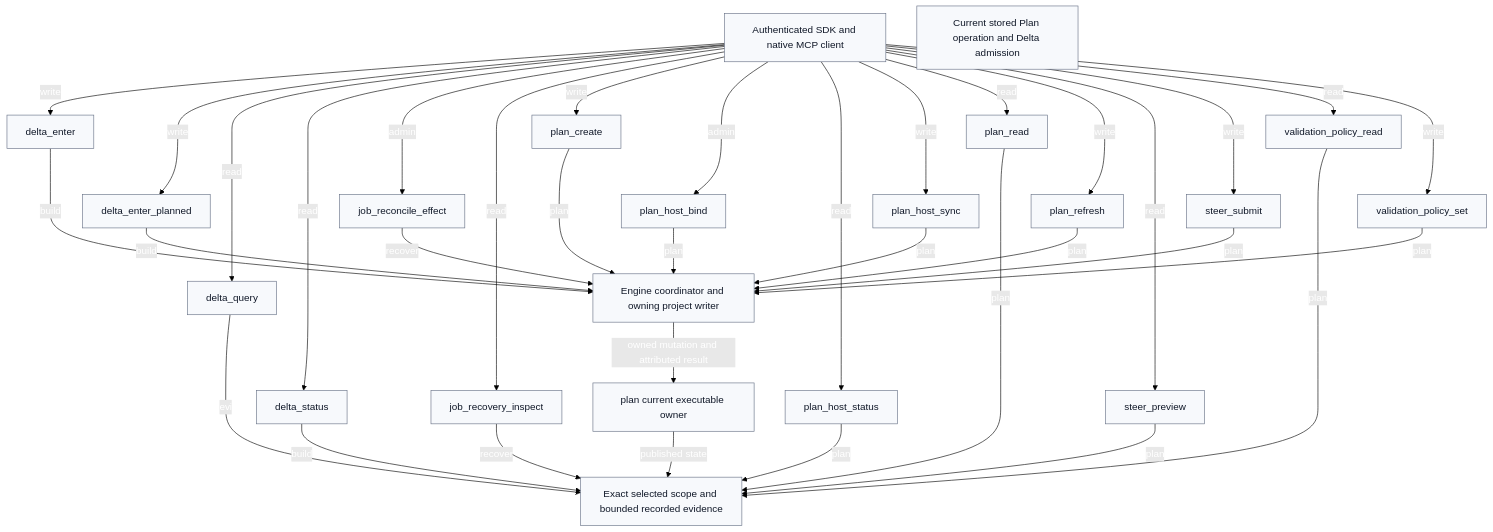
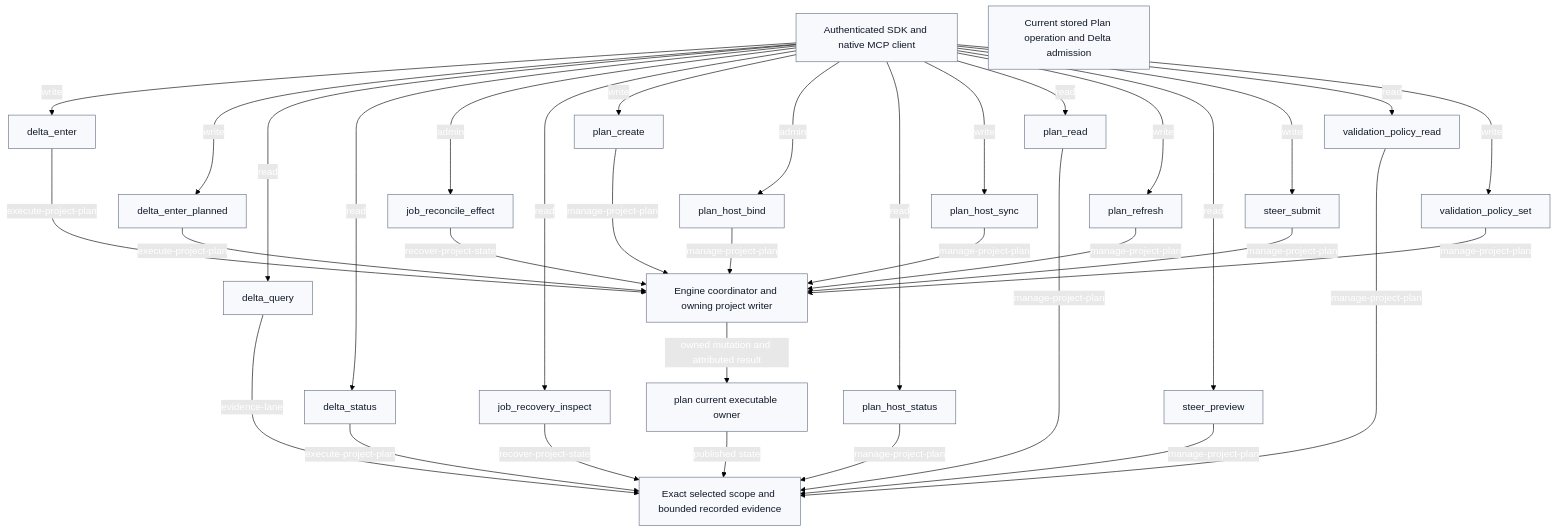
Before and after one commit to rathee000001/evidence_lane_plugin: the diagram in plugins/evidence-lane-plugin/authorities/plan/workflow.mmd, drawn with Mermaid (forest theme). The commit also changed 2566 other files, not shown here.

```diff
--- a/plugins/evidence-lane-plugin/authorities/plan/workflow.mmd
+++ b/plugins/evidence-lane-plugin/authorities/plan/workflow.mmd
@@ -1,79 +1,79 @@
 flowchart TB
 %% EVIDENCE_LANE_GRAPH_ENGINE=LANGGRAPH_STATEGRAPH
 %% LANGGRAPH_VERSION=1.2.11
 %% LANGGRAPH_EXPORT_SHA256=D712D1163E11A159C3F5217E6EC3E478FC663E7441EC4709578F04D24358F405
 %% EVIDENCE_LANE_LAYOUT=BALANCED_TWO_DIMENSIONAL_FANOUT_V1
 %% EVIDENCE_LANE_LAYOUT_CONSTRAINT_COUNT=5
   classDef root fill:#101828,stroke:#101828,color:#fff,stroke-width:2px;
   classDef source fill:#edf5ff,stroke:#125cdd,color:#101828;
   classDef semantic fill:#f0ebff,stroke:#7147c7,color:#101828;
   classDef retrieval fill:#eaf8f1,stroke:#24805c,color:#101828;
   classDef git fill:#fff7e7,stroke:#c88722,color:#101828;
   classDef lifecycle fill:#fff1f0,stroke:#ba4236,color:#101828;
   classDef output fill:#f7f9fc,stroke:#667085,color:#101828;
   classDef warn fill:#fff7e7,stroke:#c88722,color:#101828;
   classDef table fill:#f0ebff,stroke:#7147c7,color:#101828;
   classDef column fill:#f7f9fc,stroke:#667085,color:#101828;
   classDef default fill:#f7f9fc,stroke:#667085,color:#101828;
   sdk["Authenticated SDK and native MCP client"]:::default
   read["Exact selected scope and bounded recorded evidence"]:::default
   writer["Engine coordinator and owning project writer"]:::default
   delta["Current stored Plan operation and Delta admission"]:::default
   owner["plan current executable owner"]:::default
   action_delta_enter["delta_enter"]:::default
   action_delta_enter_planned["delta_enter_planned"]:::default
   action_delta_query["delta_query"]:::default
   action_delta_status["delta_status"]:::default
   action_job_reconcile_effect["job_reconcile_effect"]:::default
   action_job_recovery_inspect["job_recovery_inspect"]:::default
   action_plan_create["plan_create"]:::default
   action_plan_host_bind["plan_host_bind"]:::default
   action_plan_host_status["plan_host_status"]:::default
   action_plan_host_sync["plan_host_sync"]:::default
   action_plan_read["plan_read"]:::default
   action_plan_refresh["plan_refresh"]:::default
   action_steer_preview["steer_preview"]:::default
   action_steer_submit["steer_submit"]:::default
   action_validation_policy_read["validation_policy_read"]:::default
   action_validation_policy_set["validation_policy_set"]:::default
   sdk -->|"write"| action_delta_enter
-  action_delta_enter -->|"build"| writer
+  action_delta_enter -->|"execute-project-plan"| writer
   sdk -->|"write"| action_delta_enter_planned
-  action_delta_enter_planned -->|"build"| writer
+  action_delta_enter_planned -->|"execute-project-plan"| writer
   sdk -->|"read"| action_delta_query
-  action_delta_query -->|"evi"| read
+  action_delta_query -->|"evidence-lane"| read
   sdk -->|"read"| action_delta_status
-  action_delta_status -->|"build"| read
+  action_delta_status -->|"execute-project-plan"| read
   sdk -->|"admin"| action_job_reconcile_effect
-  action_job_reconcile_effect -->|"recover"| writer
+  action_job_reconcile_effect -->|"recover-project-state"| writer
   sdk -->|"read"| action_job_recovery_inspect
-  action_job_recovery_inspect -->|"recover"| read
+  action_job_recovery_inspect -->|"recover-project-state"| read
   sdk -->|"write"| action_plan_create
-  action_plan_create -->|"plan"| writer
+  action_plan_create -->|"manage-project-plan"| writer
   sdk -->|"admin"| action_plan_host_bind
-  action_plan_host_bind -->|"plan"| writer
+  action_plan_host_bind -->|"manage-project-plan"| writer
   sdk -->|"read"| action_plan_host_status
-  action_plan_host_status -->|"plan"| read
+  action_plan_host_status -->|"manage-project-plan"| read
   sdk -->|"write"| action_plan_host_sync
-  action_plan_host_sync -->|"plan"| writer
+  action_plan_host_sync -->|"manage-project-plan"| writer
   sdk -->|"read"| action_plan_read
-  action_plan_read -->|"plan"| read
+  action_plan_read -->|"manage-project-plan"| read
   sdk -->|"write"| action_plan_refresh
-  action_plan_refresh -->|"plan"| writer
+  action_plan_refresh -->|"manage-project-plan"| writer
   sdk -->|"read"| action_steer_preview
-  action_steer_preview -->|"plan"| read
+  action_steer_preview -->|"manage-project-plan"| read
   sdk -->|"write"| action_steer_submit
-  action_steer_submit -->|"plan"| writer
+  action_steer_submit -->|"manage-project-plan"| writer
   sdk -->|"read"| action_validation_policy_read
-  action_validation_policy_read -->|"plan"| read
+  action_validation_policy_read -->|"manage-project-plan"| read
   sdk -->|"write"| action_validation_policy_set
-  action_validation_policy_set -->|"plan"| writer
+  action_validation_policy_set -->|"manage-project-plan"| writer
   writer -->|"owned mutation and attributed result"| owner
   owner -->|"published state"| read
 %% EVIDENCE_LANE_LAYOUT_CONSTRAINTS_BEGIN
   action_delta_enter ~~~ action_delta_enter_planned
   action_delta_query ~~~ action_delta_status
   action_plan_create ~~~ action_plan_host_bind
   action_plan_read ~~~ action_plan_refresh
   action_validation_policy_read ~~~ action_validation_policy_set
 %% EVIDENCE_LANE_LAYOUT_CONSTRAINTS_END
```
